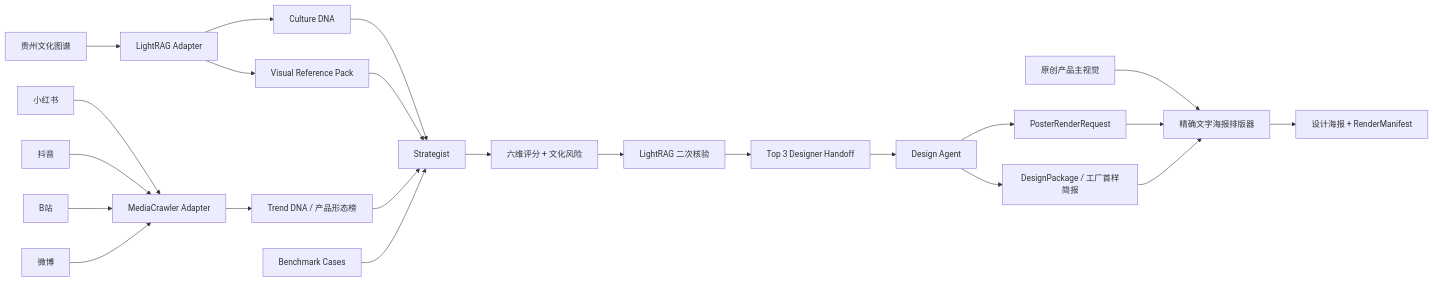
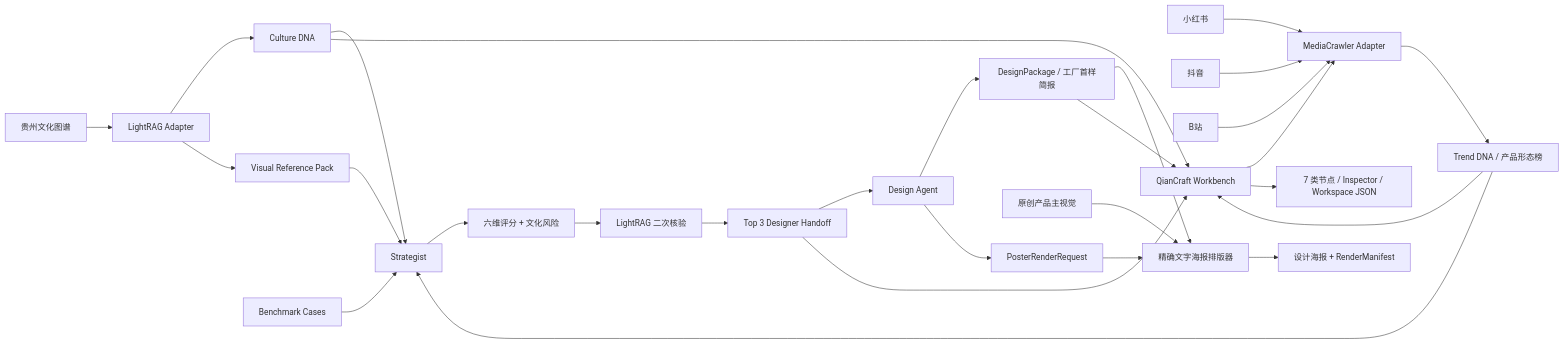
The diagram in README.md (miracle121388-a11y/QianCraft), drawn with Mermaid before and after one commit. The commit also changed other lines of this file and 87 other files, not shown here.

Commit message:
feat: ship QianCraft 0.7.0 creative workbench

````diff
--- a/README.md
+++ b/README.md
@@ -94,28 +130,34 @@
 ```mermaid
 flowchart LR
     KG[贵州文化图谱] --> LR[LightRAG Adapter]
     LR --> CD[Culture DNA]
     LR --> VR[Visual Reference Pack]
 
     XHS[小红书] --> MC[MediaCrawler Adapter]
     DY[抖音] --> MC
     BILI[B站] --> MC
     WB[微博] --> MC
     MC --> TD[Trend DNA / 产品形态榜]
 
     CD --> ST[Strategist]
     VR --> ST
     TD --> ST
     BC[Benchmark Cases] --> ST
     ST --> EV[六维评分 + 文化风险]
     EV --> CHECK[LightRAG 二次核验]
     CHECK --> DH[Top 3 Designer Handoff]
 
     DH --> DA[Design Agent]
     DA --> DP[DesignPackage / 工厂首样简报]
     DA --> PR[PosterRenderRequest]
     HERO[原创产品主视觉] --> POSTER[精确文字海报排版器]
     PR --> POSTER
     DP --> POSTER
     POSTER --> OUT[设计海报 + RenderManifest]
+
+    CD --> WB[QianCraft Workbench]
+    TD --> WB
+    DH --> WB
+    DP --> WB
+    WB --> CANVAS[7 类节点 / Inspector / Workspace JSON]
 ```
````
